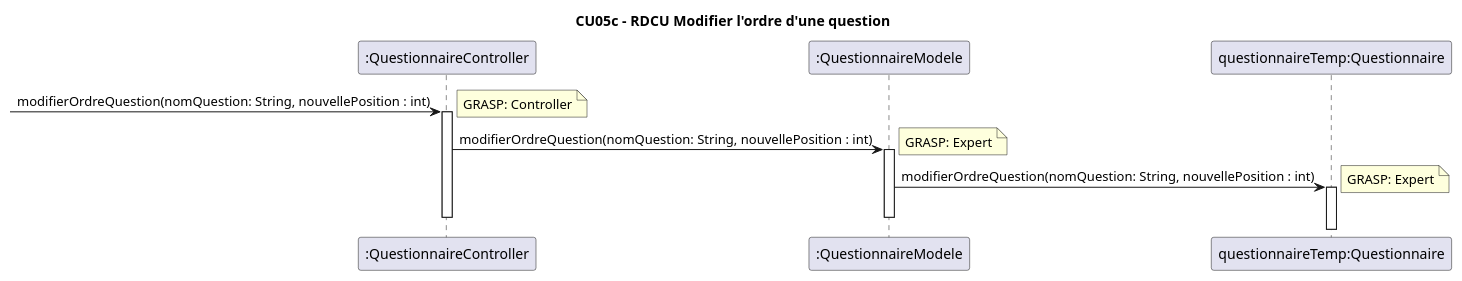
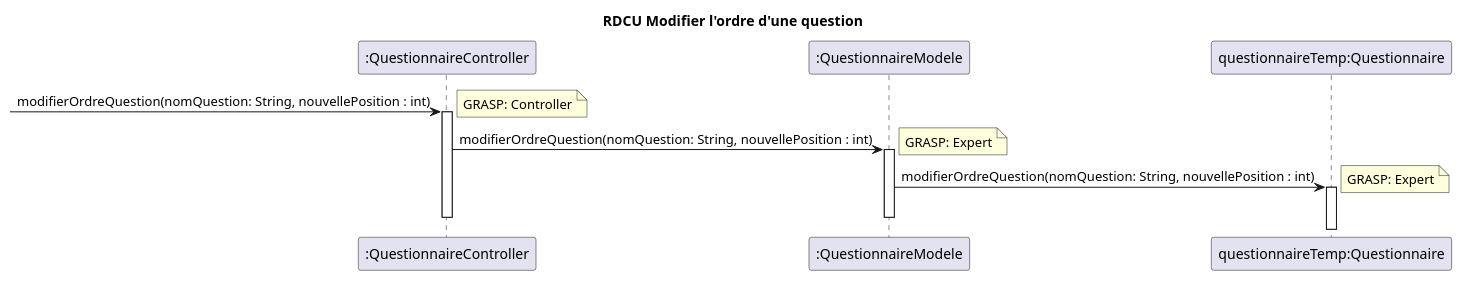
The diagram in docs/modeles/cu05/rdcu-modifier-ordre-questions.puml (xMrYahya/moodle-clone), drawn with PlantUML before and after one commit. The commit also changed 14 other files, not shown here.

Commit message:
fix de noms de diagrammes

```diff
--- a/docs/modeles/cu05/rdcu-modifier-ordre-questions.puml
+++ b/docs/modeles/cu05/rdcu-modifier-ordre-questions.puml
@@ -1,18 +1,18 @@
 @startuml
-title CU05c - RDCU Modifier l'ordre d'une question
+title RDCU Modifier l'ordre d'une question
 
 participant ":QuestionnaireController" as controller
 participant ":QuestionnaireModele" as questionnaireModele
 participant "questionnaireTemp:Questionnaire" as temp
 
 -> controller : modifierOrdreQuestion(nomQuestion: String, nouvellePosition : int)
 note right: GRASP: Controller
 activate controller
 controller -> questionnaireModele ++: modifierOrdreQuestion(nomQuestion: String, nouvellePosition : int)
 note right: GRASP: Expert
 questionnaireModele -> temp ++: modifierOrdreQuestion(nomQuestion: String, nouvellePosition : int)
 note right: GRASP: Expert
 deactivate questionnaireModele
 deactivate controller
 
 @enduml
```
